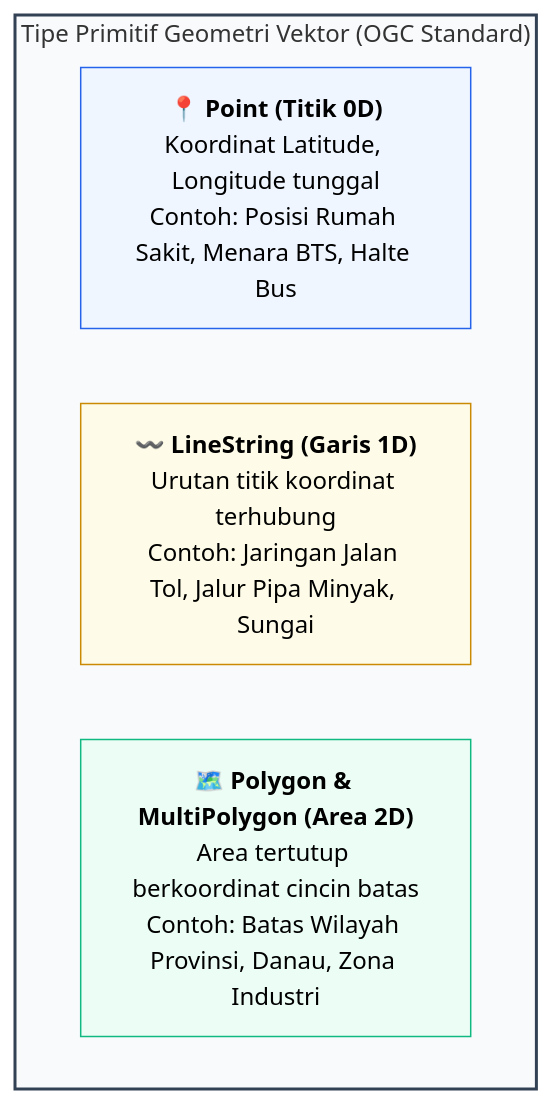
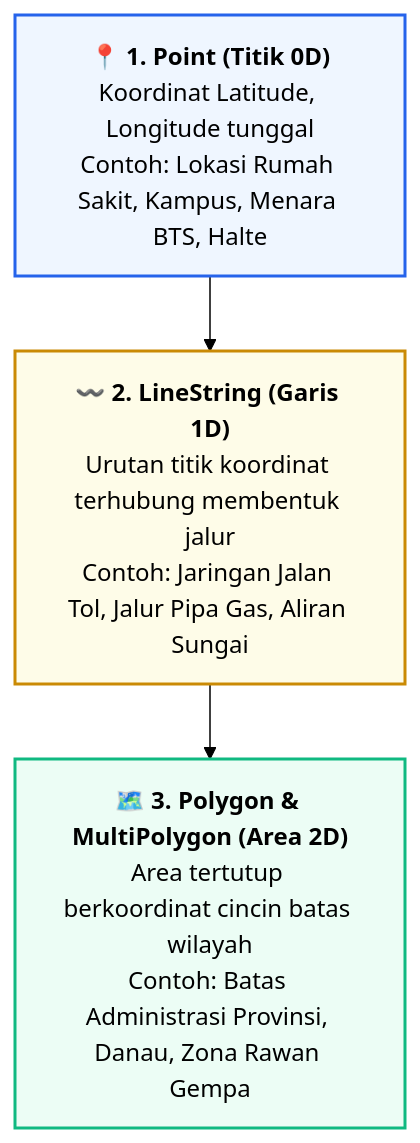
Before and after one commit to mahendaruui/Perkuliahan: the first of 2 diagrams in docs/visualisasi-data/10-visualisasi-geospasial-folium.md, drawn with Mermaid (forest theme). The commit also changed other lines of this file and 15 other files, not shown here.

Commit message:
refactor: update and standardize mermaid diagrams across all documentation modules

````diff
--- a/docs/visualisasi-data/10-visualisasi-geospasial-folium.md
+++ b/docs/visualisasi-data/10-visualisasi-geospasial-folium.md
@@ -17,13 +17,10 @@
 ```mermaid
 flowchart TD
-    subgraph Geometri["Tipe Primitif Geometri Vektor (OGC Standard)"]
-        P1["📍 <b>Point (Titik 0D)</b><br>Koordinat Latitude, Longitude tunggal<br>Contoh: Posisi Rumah Sakit, Menara BTS, Halte Bus"]
-        P2["〰️ <b>LineString (Garis 1D)</b><br>Urutan titik koordinat terhubung<br>Contoh: Jaringan Jalan Tol, Jalur Pipa Minyak, Sungai"]
-        P3["🗺️ <b>Polygon & MultiPolygon (Area 2D)</b><br>Area tertutup berkoordinat cincin batas<br>Contoh: Batas Wilayah Provinsi, Danau, Zona Industri"]
-    end
+    P1["📍 <b>1. Point (Titik 0D)</b><br>Koordinat Latitude, Longitude tunggal<br>Contoh: Lokasi Rumah Sakit, Kampus, Menara BTS, Halte"]
+    --> P2["〰️ <b>2. LineString (Garis 1D)</b><br>Urutan titik koordinat terhubung membentuk jalur<br>Contoh: Jaringan Jalan Tol, Jalur Pipa Gas, Aliran Sungai"]
+    --> P3["🗺️ <b>3. Polygon & MultiPolygon (Area 2D)</b><br>Area tertutup berkoordinat cincin batas wilayah<br>Contoh: Batas Administrasi Provinsi, Danau, Zona Rawan Gempa"]
 
-    style Geometri fill:#f8fafc,stroke:#334155,stroke-width:2px
-    style P1 fill:#eff6ff,stroke:#2563eb,stroke-width:1px
-    style P2 fill:#fefce8,stroke:#ca8a04,stroke-width:1px
-    style P3 fill:#ecfdf5,stroke:#10b981,stroke-width:1px
+    style P1 fill:#eff6ff,stroke:#2563eb,stroke-width:2px
+    style P2 fill:#fefce8,stroke:#ca8a04,stroke-width:2px
+    style P3 fill:#ecfdf5,stroke:#10b981,stroke-width:2px
 ```
````
